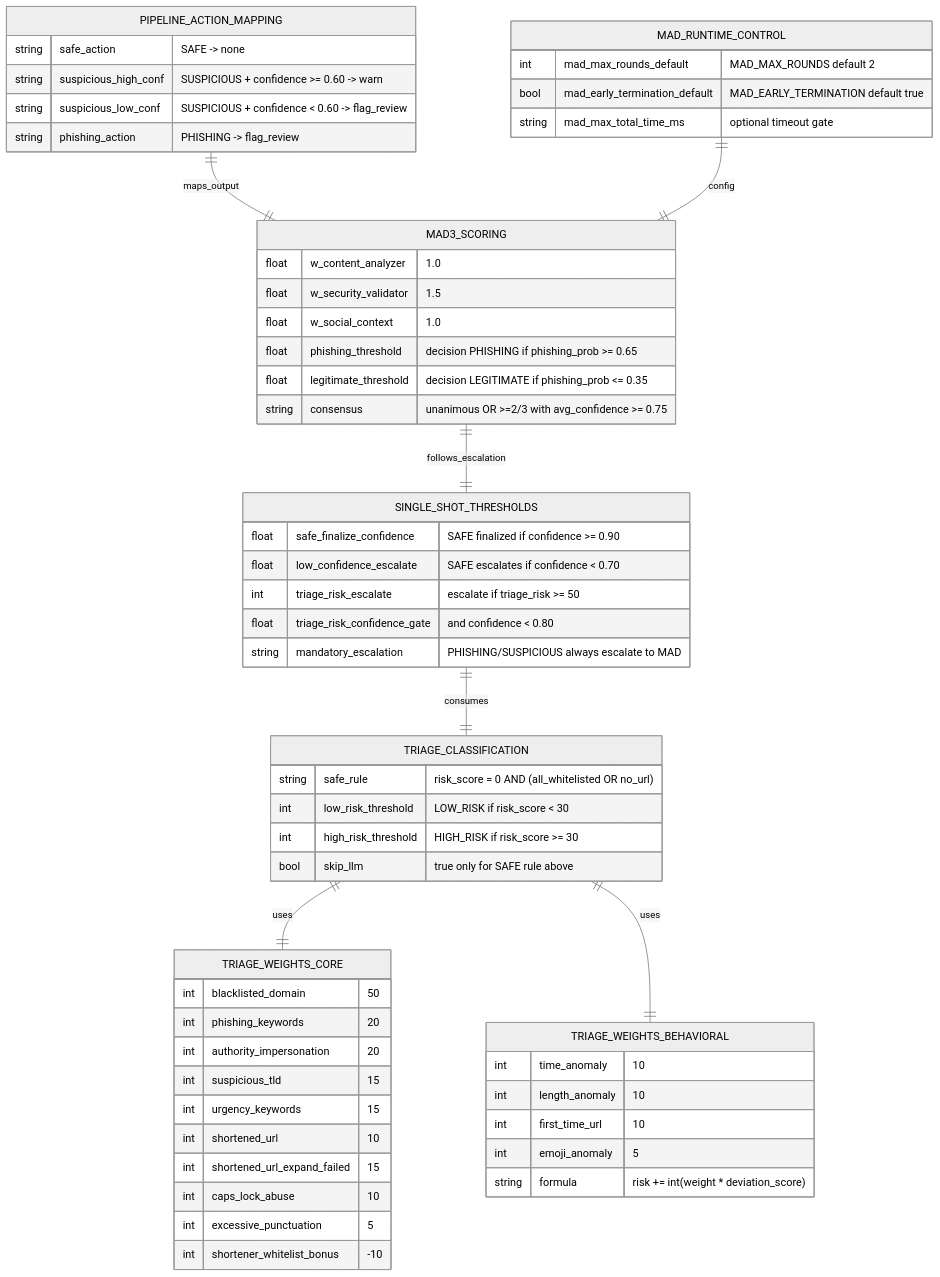
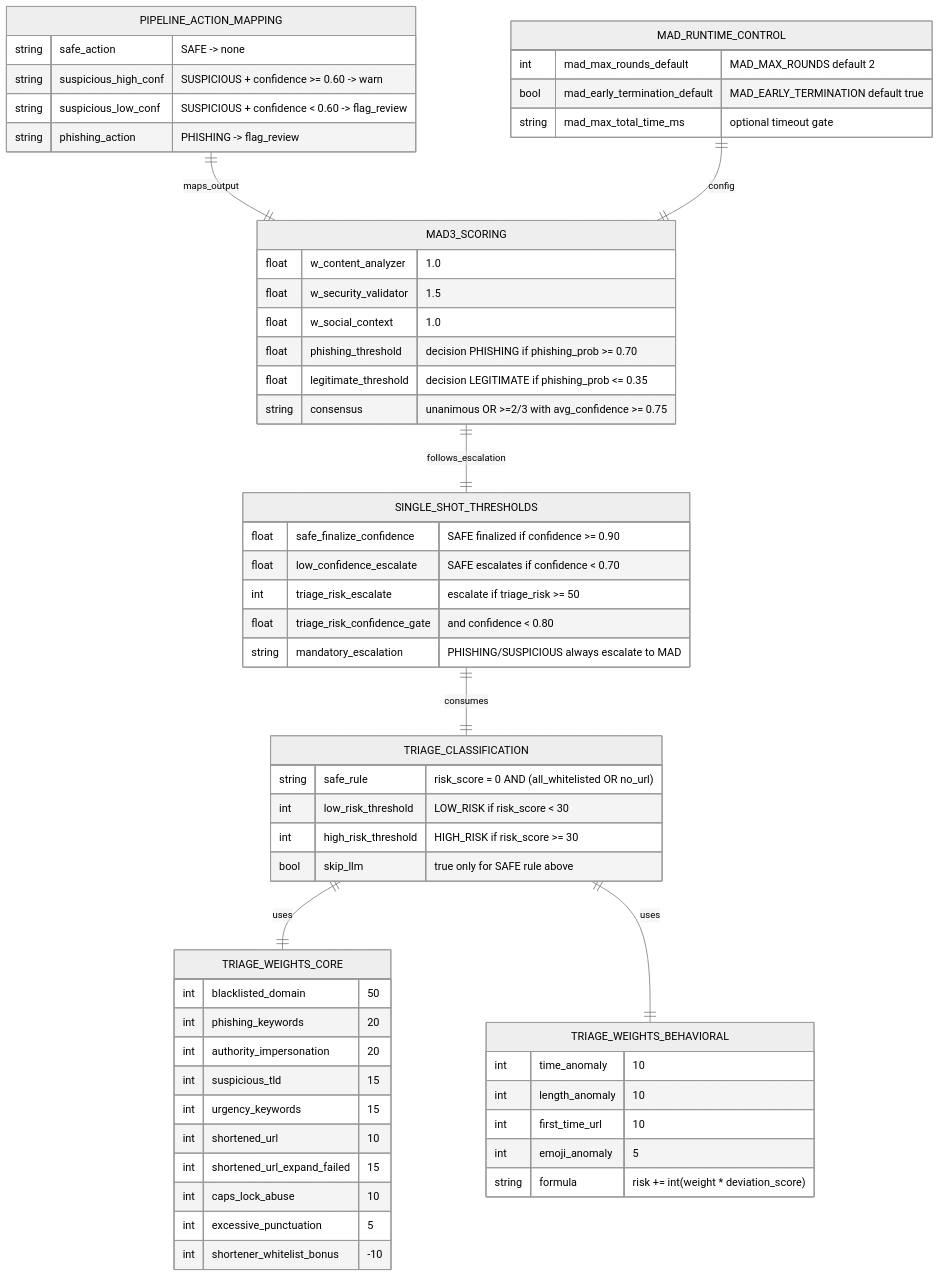
Before and after one commit to Wahyu-Siregar/TelePhisDebate: the diagram in docs/diagrams/bab2/gambar_2_9_scoring_thresholds.mmd, drawn with Mermaid (neutral theme). The commit also changed 19 other files, not shown here.

```diff
--- a/docs/diagrams/bab2/gambar_2_9_scoring_thresholds.mmd
+++ b/docs/diagrams/bab2/gambar_2_9_scoring_thresholds.mmd
@@ -1,65 +1,65 @@
 erDiagram
     TRIAGE_CLASSIFICATION {
         string safe_rule "risk_score = 0 AND (all_whitelisted OR no_url)"
         int low_risk_threshold "LOW_RISK if risk_score < 30"
         int high_risk_threshold "HIGH_RISK if risk_score >= 30"
         bool skip_llm "true only for SAFE rule above"
     }
 
     TRIAGE_WEIGHTS_CORE {
         int blacklisted_domain "50"
         int phishing_keywords "20"
         int authority_impersonation "20"
         int suspicious_tld "15"
         int urgency_keywords "15"
         int shortened_url "10"
         int shortened_url_expand_failed "15"
         int caps_lock_abuse "10"
         int excessive_punctuation "5"
         int shortener_whitelist_bonus "-10"
     }
 
     TRIAGE_WEIGHTS_BEHAVIORAL {
         int time_anomaly "10"
         int length_anomaly "10"
         int first_time_url "10"
         int emoji_anomaly "5"
         string formula "risk += int(weight * deviation_score)"
     }
 
     SINGLE_SHOT_THRESHOLDS {
         float safe_finalize_confidence "SAFE finalized if confidence >= 0.90"
         float low_confidence_escalate "SAFE escalates if confidence < 0.70"
         int triage_risk_escalate "escalate if triage_risk >= 50"
         float triage_risk_confidence_gate "and confidence < 0.80"
         string mandatory_escalation "PHISHING/SUSPICIOUS always escalate to MAD"
     }
 
     MAD3_SCORING {
         float w_content_analyzer "1.0"
         float w_security_validator "1.5"
         float w_social_context "1.0"
-        float phishing_threshold "decision PHISHING if phishing_prob >= 0.65"
+        float phishing_threshold "decision PHISHING if phishing_prob >= 0.70"
         float legitimate_threshold "decision LEGITIMATE if phishing_prob <= 0.35"
         string consensus "unanimous OR >=2/3 with avg_confidence >= 0.75"
     }
 
     PIPELINE_ACTION_MAPPING {
         string safe_action "SAFE -> none"
         string suspicious_high_conf "SUSPICIOUS + confidence >= 0.60 -> warn"
         string suspicious_low_conf "SUSPICIOUS + confidence < 0.60 -> flag_review"
         string phishing_action "PHISHING -> flag_review"
     }
 
     MAD_RUNTIME_CONTROL {
         int mad_max_rounds_default "MAD_MAX_ROUNDS default 2"
         bool mad_early_termination_default "MAD_EARLY_TERMINATION default true"
         string mad_max_total_time_ms "optional timeout gate"
     }
 
     TRIAGE_CLASSIFICATION ||--|| TRIAGE_WEIGHTS_CORE : uses
     TRIAGE_CLASSIFICATION ||--|| TRIAGE_WEIGHTS_BEHAVIORAL : uses
     SINGLE_SHOT_THRESHOLDS ||--|| TRIAGE_CLASSIFICATION : consumes
     MAD3_SCORING ||--|| SINGLE_SHOT_THRESHOLDS : follows_escalation
     PIPELINE_ACTION_MAPPING ||--|| MAD3_SCORING : maps_output
     MAD_RUNTIME_CONTROL ||--|| MAD3_SCORING : config
```
